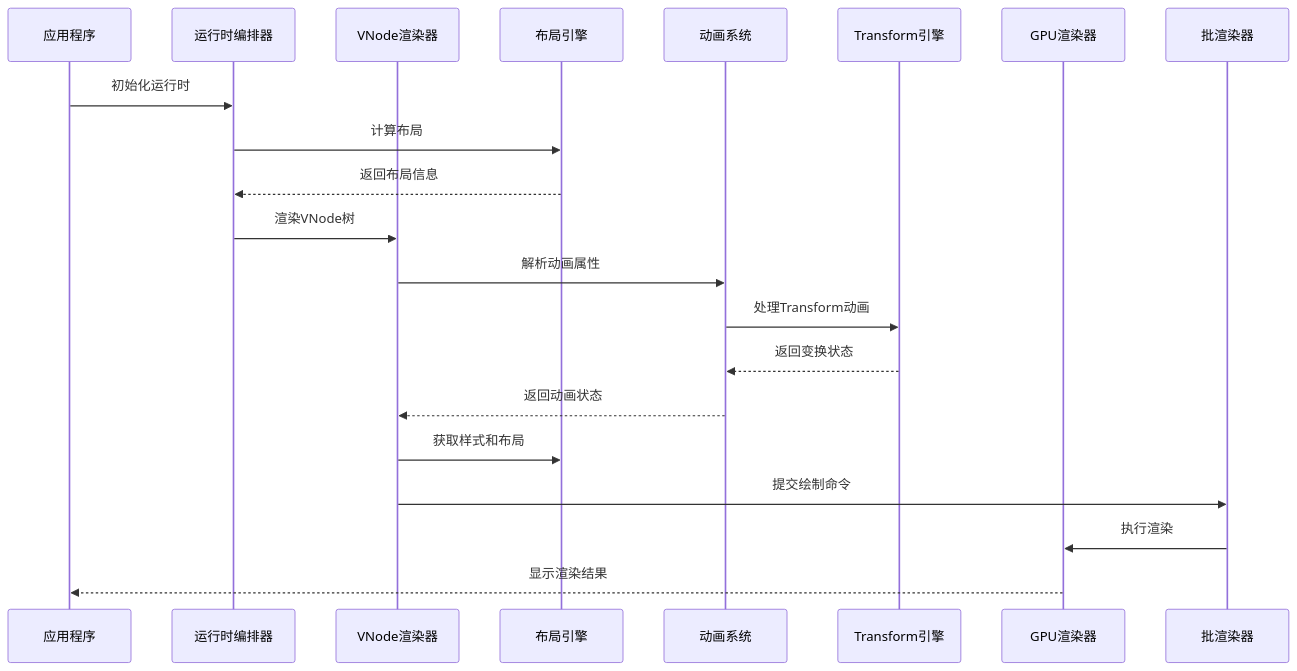
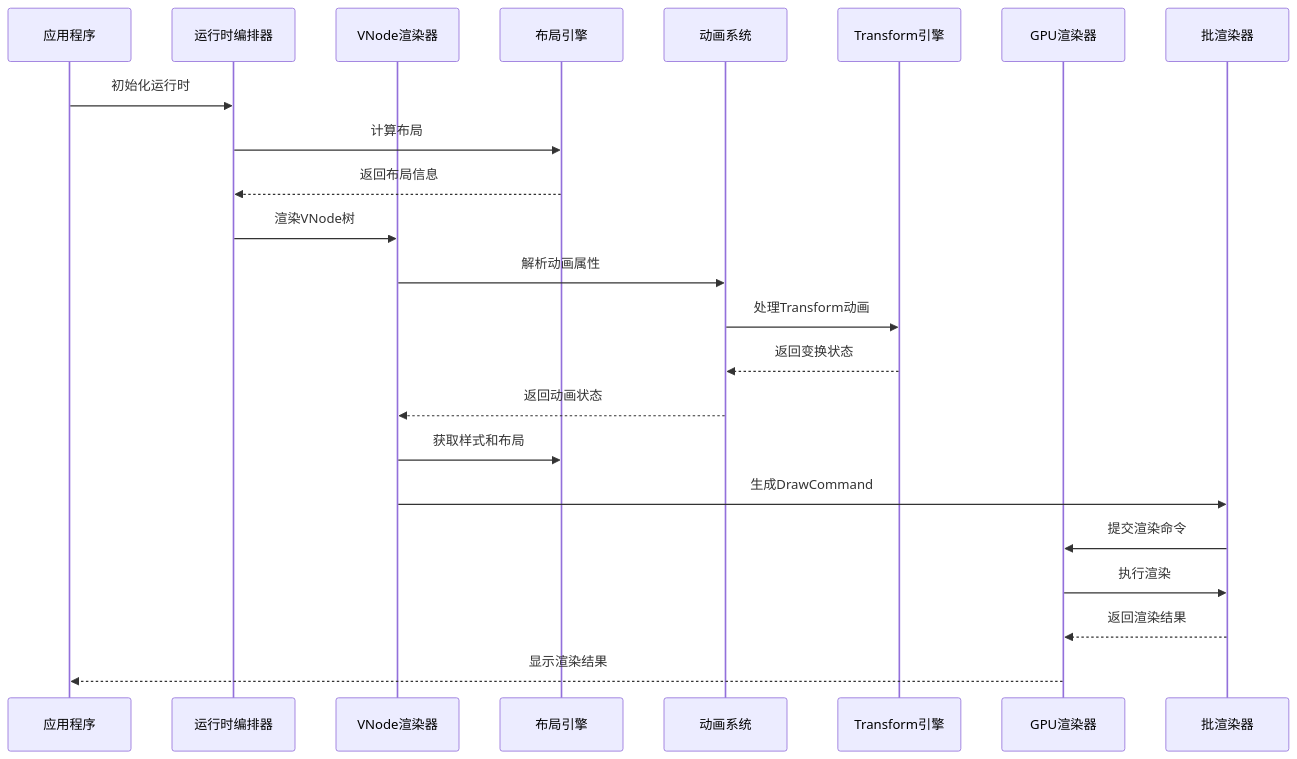
One commit to itszzl-sudo/iris changed the second of 26 diagrams in .qoder/repowiki/zh/content/技术架构详解/WebGPU渲染引擎/VNode GPU渲染器模块.md. Above: the diagram before and after it, drawn with Mermaid. The commit also changed other lines of this file and 57 other files, not shown here.

````diff
--- a/.qoder/repowiki/zh/content/技术架构详解/WebGPU渲染引擎/VNode GPU渲染器模块.md
+++ b/.qoder/repowiki/zh/content/技术架构详解/WebGPU渲染引擎/VNode GPU渲染器模块.md
@@ -182,23 +185,25 @@
 ```mermaid
 sequenceDiagram
 participant App as 应用程序
 participant Orchestrator as 运行时编排器
 participant VNode as VNode渲染器
 participant Layout as 布局引擎
 participant Anim as 动画系统
 participant Transform as Transform引擎
 participant GPU as GPU渲染器
 participant Batch as 批渲染器
 App->>Orchestrator : 初始化运行时
 Orchestrator->>Layout : 计算布局
 Layout-->>Orchestrator : 返回布局信息
 Orchestrator->>VNode : 渲染VNode树
 VNode->>Anim : 解析动画属性
 Anim->>Transform : 处理Transform动画
 Transform-->>Anim : 返回变换状态
 Anim-->>VNode : 返回动画状态
 VNode->>Layout : 获取样式和布局
-VNode->>Batch : 提交绘制命令
-Batch->>GPU : 执行渲染
+VNode->>Batch : 生成DrawCommand
+Batch->>GPU : 提交渲染命令
+GPU->>Batch : 执行渲染
+Batch-->>GPU : 返回渲染结果
 GPU-->>App : 显示渲染结果
 ```
````
